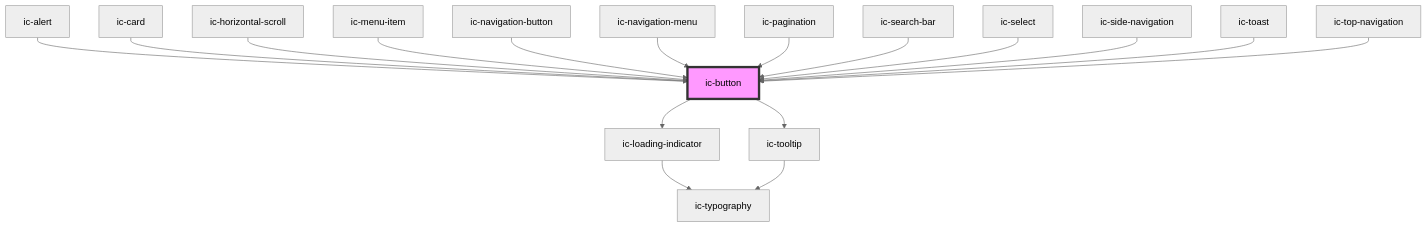
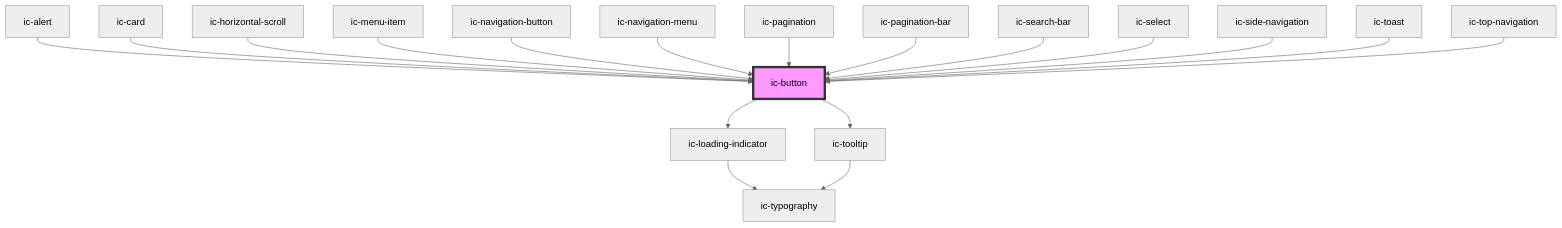
Before and after one commit to GCHQ-Developer-575/ic-ui-kit: the diagram in packages/web-components/src/components/ic-button/readme.md, drawn with Mermaid (neutral theme). The commit also changed other lines of this file and 25 other files, not shown here.

First line of the commit message:
feat(web-components): add pagination bar component

````diff
--- a/packages/web-components/src/components/ic-button/readme.md
+++ b/packages/web-components/src/components/ic-button/readme.md
@@ -78,20 +79,21 @@
 ```mermaid
 graph TD;
   ic-button --> ic-loading-indicator
   ic-button --> ic-tooltip
   ic-loading-indicator --> ic-typography
   ic-tooltip --> ic-typography
   ic-alert --> ic-button
   ic-card --> ic-button
   ic-horizontal-scroll --> ic-button
   ic-menu-item --> ic-button
   ic-navigation-button --> ic-button
   ic-navigation-menu --> ic-button
   ic-pagination --> ic-button
+  ic-pagination-bar --> ic-button
   ic-search-bar --> ic-button
   ic-select --> ic-button
   ic-side-navigation --> ic-button
   ic-toast --> ic-button
   ic-top-navigation --> ic-button
   style ic-button fill:#f9f,stroke:#333,stroke-width:4px
 ```
````
